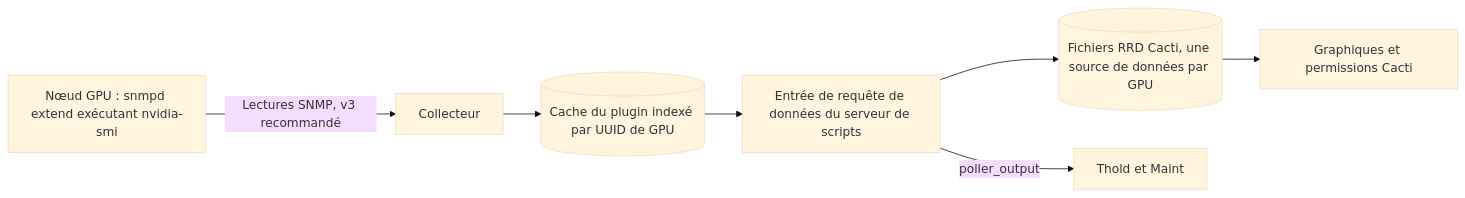
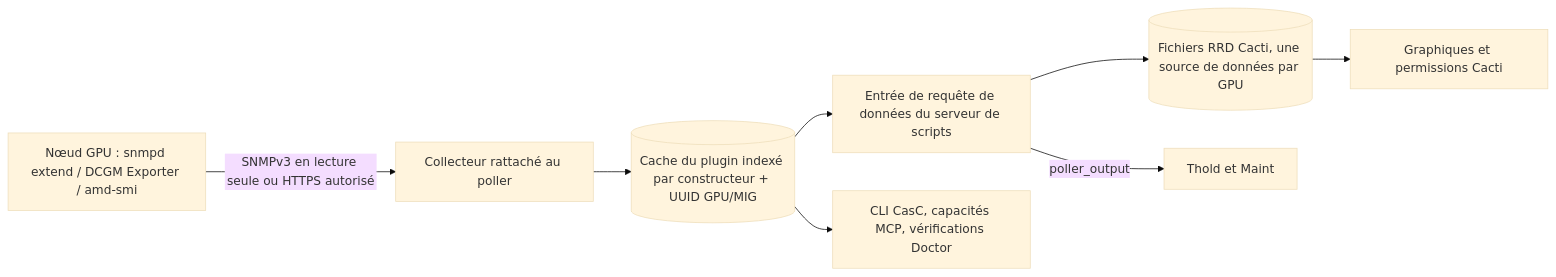
Before and after one commit to somethingwithproof/plugin_gpu: the diagram in docs/i18n/fr-SN/README.md, drawn with Mermaid (base theme). The commit also changed other lines of this file and 47 other files, not shown here.

````diff
--- a/docs/i18n/fr-SN/README.md
+++ b/docs/i18n/fr-SN/README.md
@@ -104,9 +104,10 @@
 ```mermaid
 flowchart LR
-    NODE[Nœud GPU : snmpd extend exécutant nvidia-smi] -->|Lectures SNMP, v3 recommandé| C[Collecteur]
-    C --> CACHE[(Cache du plugin indexé par UUID de GPU)]
+    NODE["Nœud GPU : snmpd extend / DCGM Exporter / amd-smi"] -->|"SNMPv3 en lecture seule ou HTTPS autorisé"| C[Collecteur rattaché au poller]
+    C --> CACHE[("Cache du plugin indexé par constructeur + UUID GPU/MIG")]
     CACHE --> SS[Entrée de requête de données du serveur de scripts]
+    CACHE --> ECO["CLI CasC, capacités MCP, vérifications Doctor"]
     SS --> RRD[(Fichiers RRD Cacti, une source de données par GPU)]
     SS -->|poller_output| T[Thold et Maint]
     RRD --> G[Graphiques et permissions Cacti]
 ```
````
